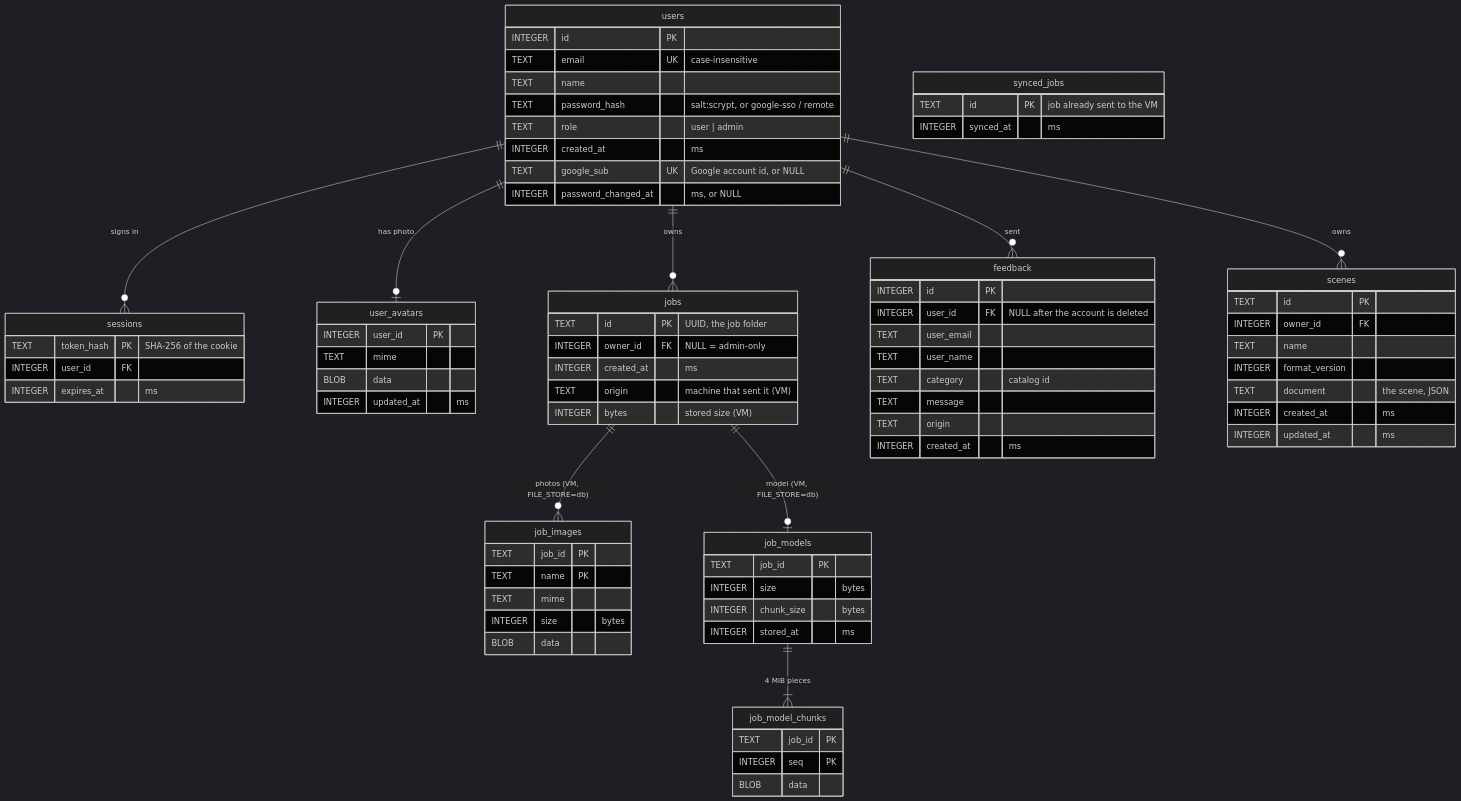
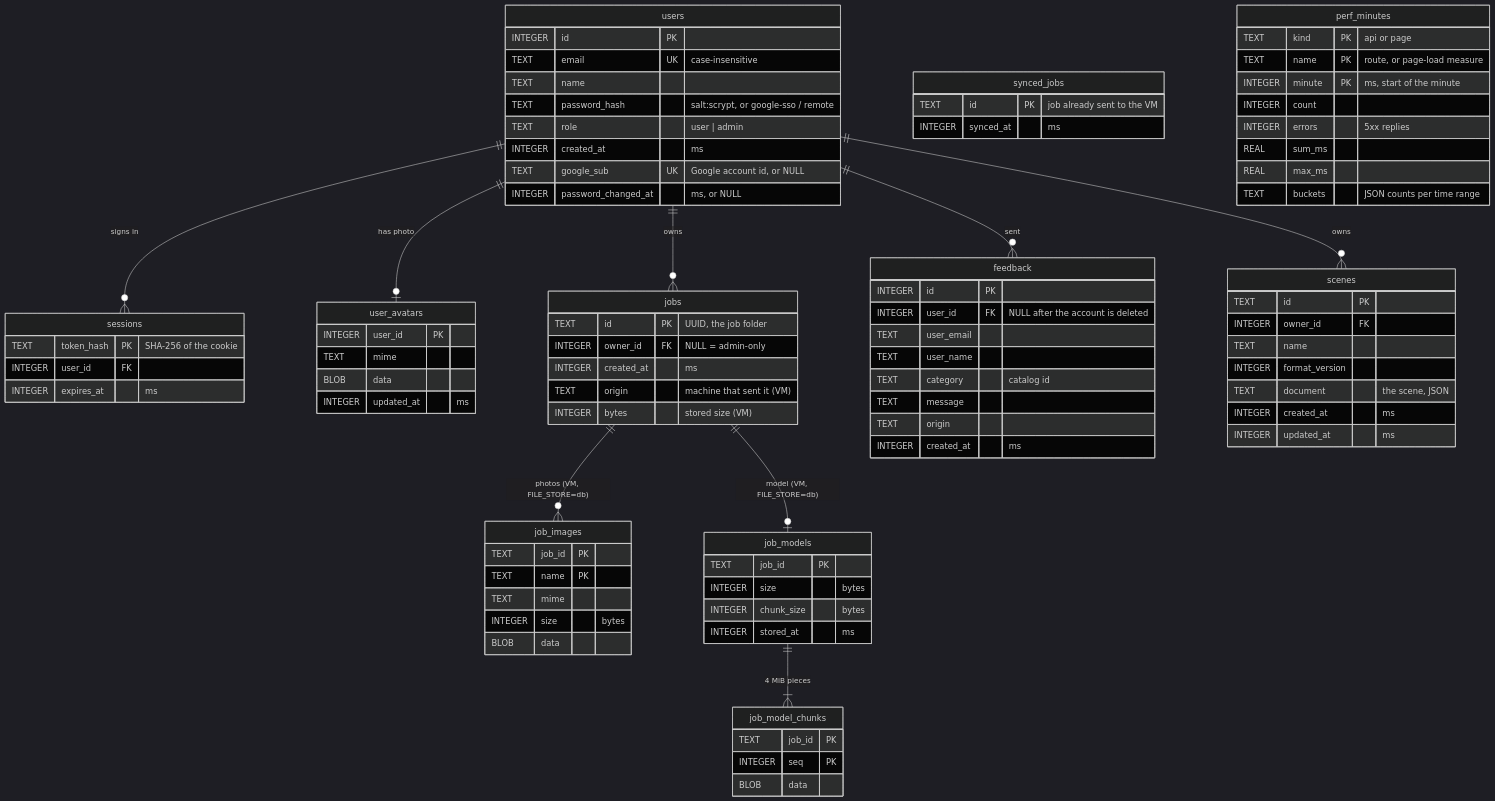
The diagram in docs/data-schema.md (ethanngyl/Gam300-350), drawn with Mermaid (dark theme) before and after one commit. The commit also changed other lines of this file and 18 other files, not shown here.

Commit message:
Measuring API Response Time

````diff
--- a/docs/data-schema.md
+++ b/docs/data-schema.md
@@ -114,4 +114,14 @@
         INTEGER created_at "ms"
         INTEGER updated_at "ms"
     }
+    perf_minutes {
+        TEXT kind PK "api or page"
+        TEXT name PK "route, or page-load measure"
+        INTEGER minute PK "ms, start of the minute"
+        INTEGER count
+        INTEGER errors "5xx replies"
+        REAL sum_ms
+        REAL max_ms
+        TEXT buckets "JSON counts per time range"
+    }
 ```
````
